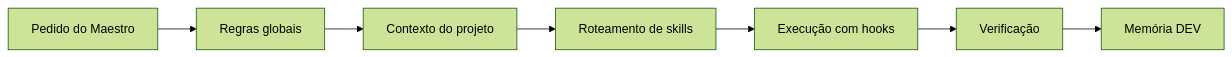
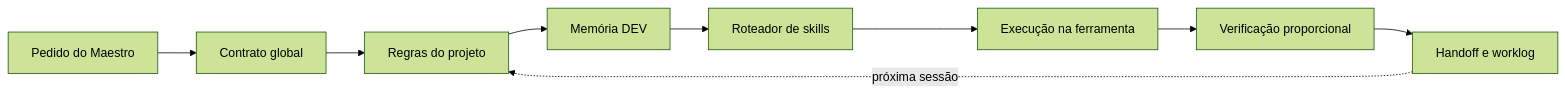
One commit to FernandoBolzan/Orquestrador-Maestro changed the diagram in README.md. Above: the diagram before and after it, drawn with Mermaid (forest theme). The commit also changed other lines of this file, not shown here.

Commit message:
docs: atualizar README com capacidades atuais

```diff
--- a/README.md
+++ b/README.md
@@ -46,9 +23,11 @@
 ~~~mermaid
 flowchart LR
-    A[Pedido do Maestro] --> B[Regras globais]
-    B --> C[Contexto do projeto]
-    C --> D[Roteamento de skills]
-    D --> E[Execução com hooks]
-    E --> F[Verificação]
-    F --> G[Memória DEV]
+    A[Pedido do Maestro] --> B[Contrato global]
+    B --> C[Regras do projeto]
+    C --> D[Memória DEV]
+    D --> E[Roteador de skills]
+    E --> F[Execução na ferramenta]
+    F --> G[Verificação proporcional]
+    G --> H[Handoff e worklog]
+    H -. próxima sessão .-> C
 ~~~
```
